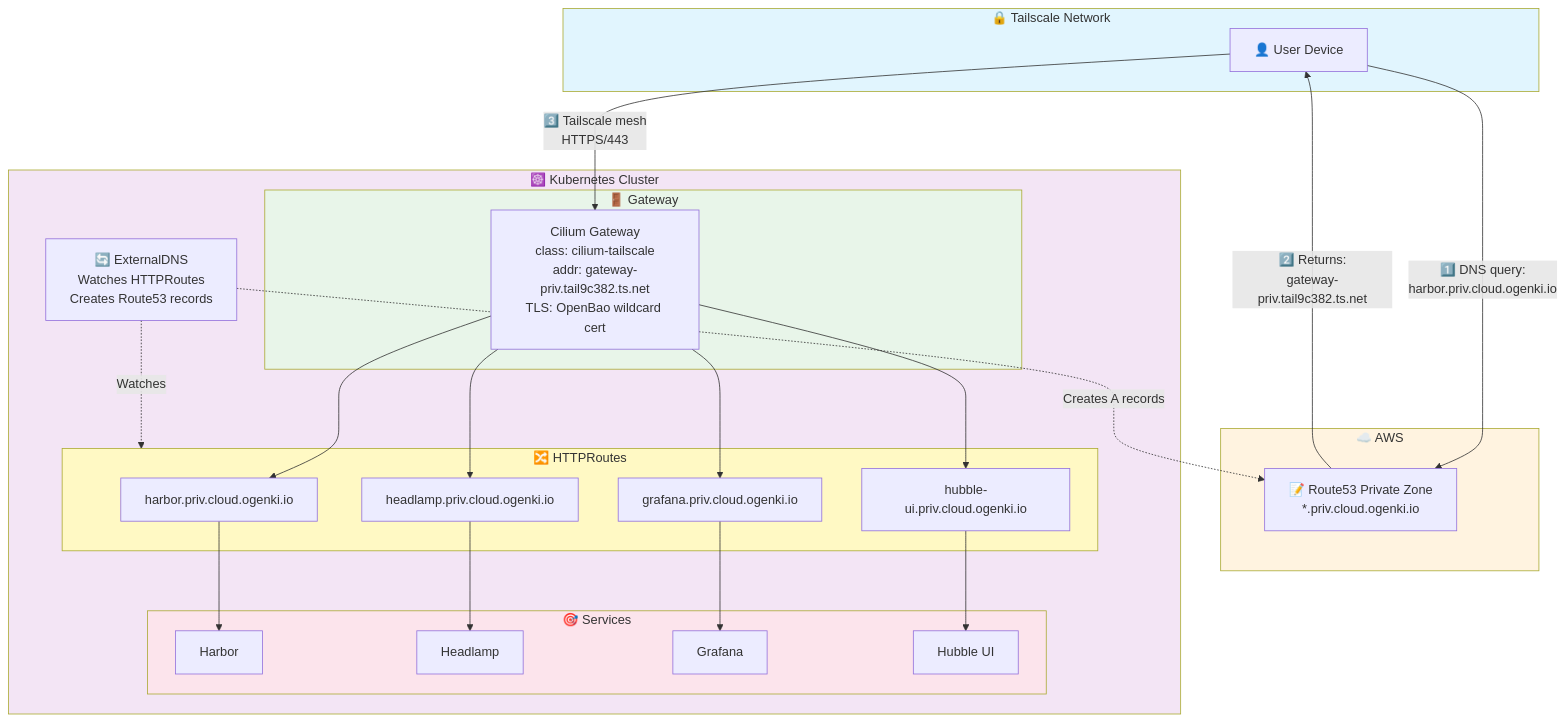
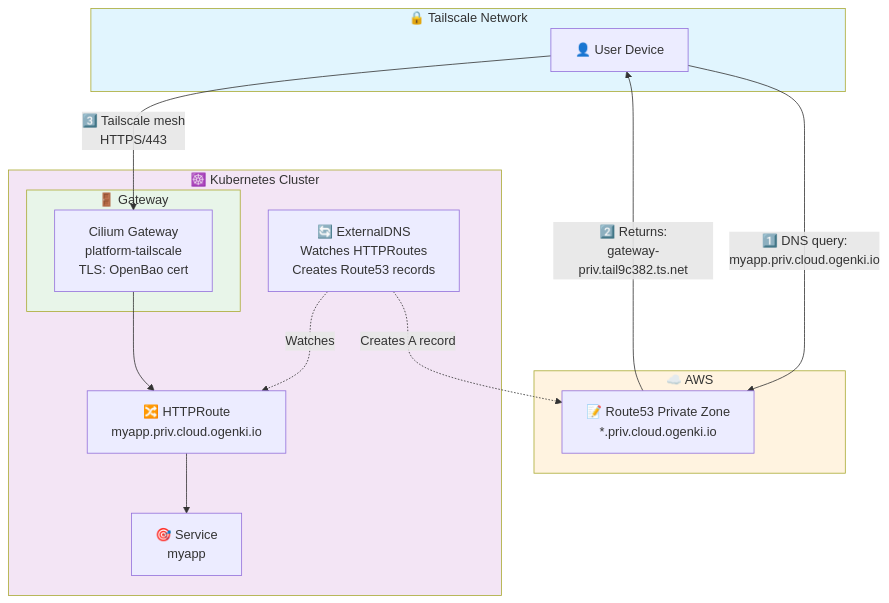
The diagram in docs/tailscale-gateway-api.md (Smana/cloud-native-ref), drawn with Mermaid before and after one commit. The commit also changed other lines of this file and 1 other file, not shown here.

Commit message:
docs: simplify Tailscale Gateway API diagram
Use a single placeholder app (myapp.priv.cloud.ogenki.io) instead of
listing all actual services to make the diagram cleaner and easier
to understand.

Changes:
- Removed individual service nodes (Harbor, Headlamp, Grafana, Hubble UI)
- Replaced with single example: myapp.priv.cloud.ogenki.io
- Simplified Gateway description
- Updated flow description to reflect simplified diagram

Generated with [Claude Code](https://claude.com/claude-code)

````diff
--- a/docs/tailscale-gateway-api.md
+++ b/docs/tailscale-gateway-api.md
@@ -7,52 +7,36 @@
 ```mermaid
 flowchart TB
     subgraph tailscale["🔒 Tailscale Network"]
         user["👤 User Device"]
     end
 
     subgraph aws["☁️ AWS"]
         route53["📝 Route53 Private Zone<br/>*.priv.cloud.ogenki.io"]
     end
 
     subgraph k8s["☸️ Kubernetes Cluster"]
         externaldns["🔄 ExternalDNS<br/>Watches HTTPRoutes<br/>Creates Route53 records"]
 
         subgraph gateway["🚪 Gateway"]
-            cilium["Cilium Gateway<br/>class: cilium-tailscale<br/>addr: gateway-priv.tail9c382.ts.net<br/>TLS: OpenBao wildcard cert"]
+            cilium["Cilium Gateway<br/>platform-tailscale<br/>TLS: OpenBao cert"]
         end
 
-        subgraph routes["🔀 HTTPRoutes"]
-            route1["harbor.priv.cloud.ogenki.io"]
-            route2["headlamp.priv.cloud.ogenki.io"]
-            route3["grafana.priv.cloud.ogenki.io"]
-            route4["hubble-ui.priv.cloud.ogenki.io"]
-        end
-
-        subgraph services["🎯 Services"]
-            svc1["Harbor"]
-            svc2["Headlamp"]
-            svc3["Grafana"]
-            svc4["Hubble UI"]
-        end
+        httproute["🔀 HTTPRoute<br/>myapp.priv.cloud.ogenki.io"]
+        service["🎯 Service<br/>myapp"]
     end
 
-    user -->|"1️⃣ DNS query:<br/>harbor.priv.cloud.ogenki.io"| route53
+    user -->|"1️⃣ DNS query:<br/>myapp.priv.cloud.ogenki.io"| route53
     route53 -->|"2️⃣ Returns:<br/>gateway-priv.tail9c382.ts.net"| user
     user -->|"3️⃣ Tailscale mesh<br/>HTTPS/443"| cilium
 
-    externaldns -.->|"Watches"| routes
-    externaldns -.->|"Creates A records"| route53
+    externaldns -.->|"Watches"| httproute
+    externaldns -.->|"Creates A record"| route53
 
-    cilium --> route1 & route2 & route3 & route4
-    route1 --> svc1
-    route2 --> svc2
-    route3 --> svc3
-    route4 --> svc4
+    cilium --> httproute
+    httproute --> service
 
     style tailscale fill:#e1f5fe
     style aws fill:#fff3e0
     style k8s fill:#f3e5f5
     style gateway fill:#e8f5e9
-    style routes fill:#fff9c4
-    style services fill:#fce4ec
 ```
````
